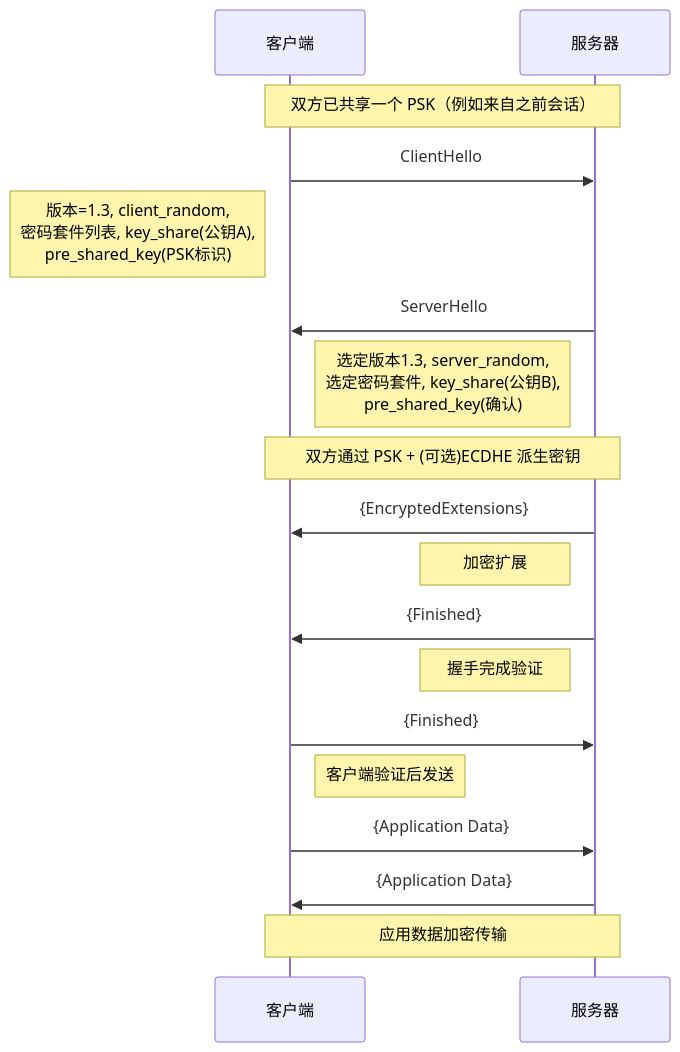
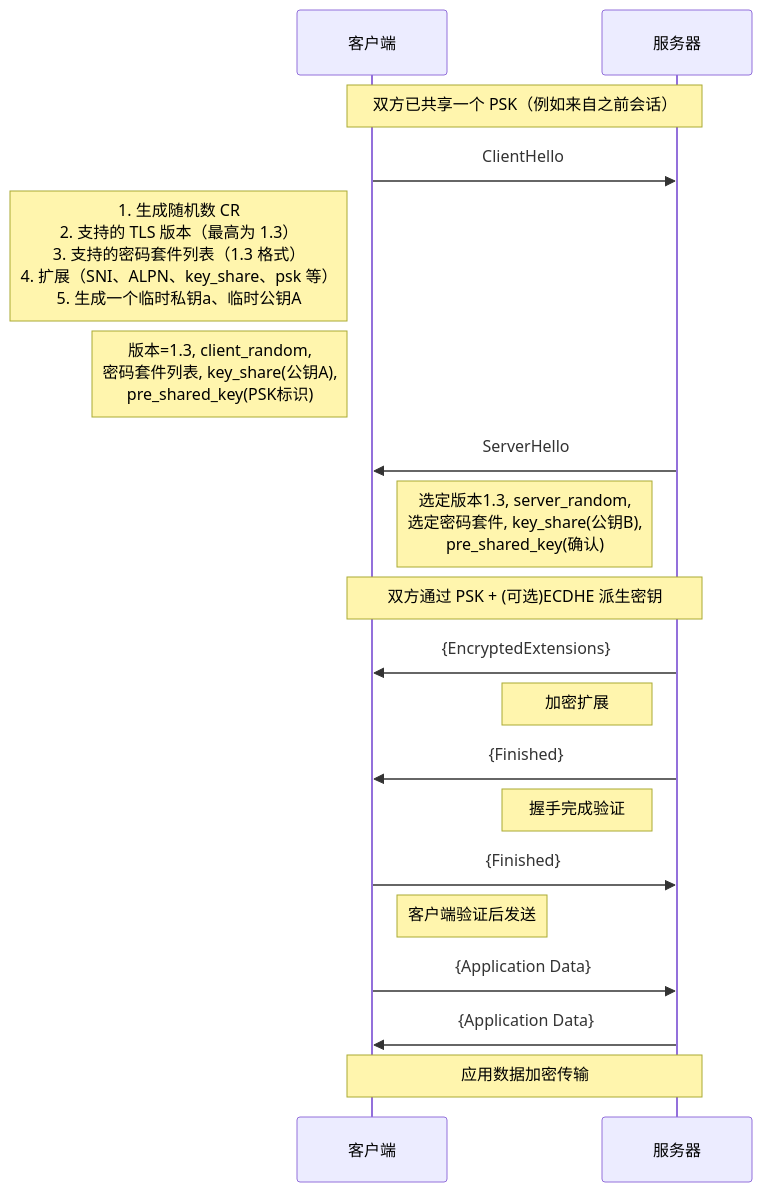
Before and after one commit to HY-10-8/iodraw-files: the diagram in all/TLS-1.3-通用.md, drawn with Mermaid.

Commit message:
2026-03-30 17:54:26 update

````diff
--- a/all/TLS-1.3-通用.md
+++ b/all/TLS-1.3-通用.md
@@ -1,28 +1,29 @@
 ```mermaid
 sequenceDiagram
     participant C as 客户端
     participant S as 服务器
 
     Note over C,S: 双方已共享一个 PSK（例如来自之前会话）
 
     C->>S: ClientHello
+    Note left of C: 1. 生成随机数 CR<br/> 2. 支持的 TLS 版本（最高为 1.3）<br/> 3. 支持的密码套件列表（1.3 格式）<br/> 4. 扩展（SNI、ALPN、key_share、psk 等）<br/> 5. 生成一个临时私钥a、临时公钥A
     Note left of C: 版本=1.3, client_random,<br/> 密码套件列表, key_share(公钥A),<br/> pre_shared_key(PSK标识)
 
     S->>C: ServerHello
     Note left of S: 选定版本1.3, server_random,<br/> 选定密码套件, key_share(公钥B),<br/> pre_shared_key(确认)
 
     Note over C,S: 双方通过 PSK + (可选)ECDHE 派生密钥
 
     S->>C: {EncryptedExtensions}
     Note left of S: 加密扩展
 
     S->>C: {Finished}
     Note left of S: 握手完成验证
 
     C->>S: {Finished}
     Note right of C: 客户端验证后发送
 
     C->>S: {Application Data}
     S->>C: {Application Data}
     Note over C,S: 应用数据加密传输
 ```
````
